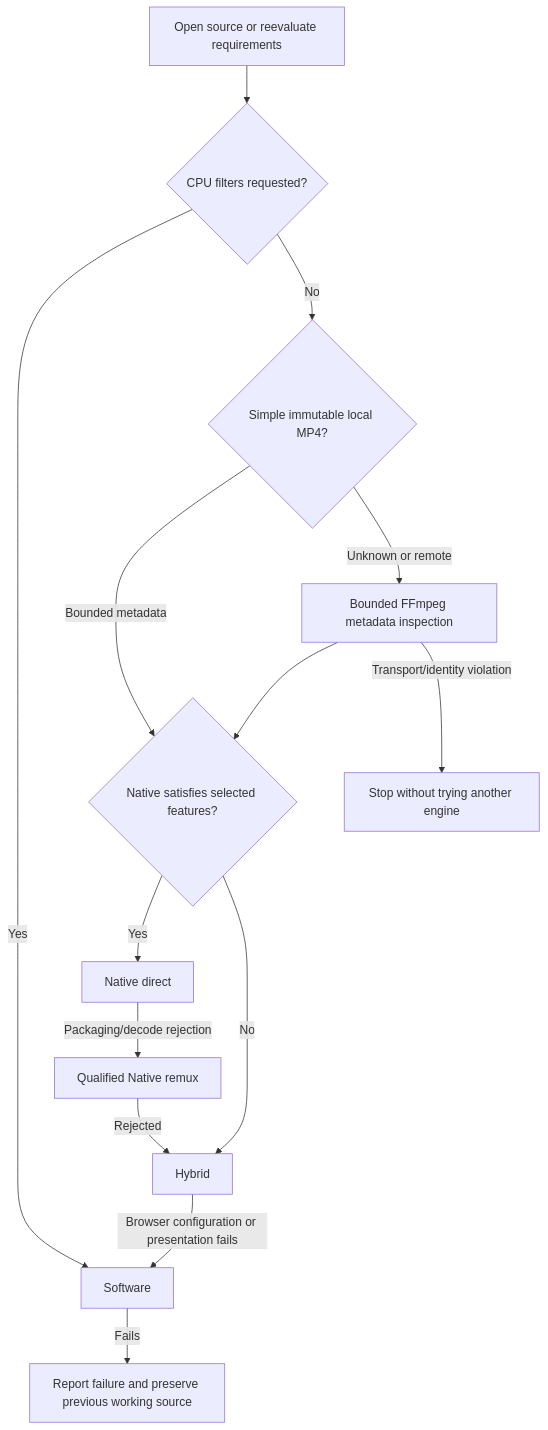
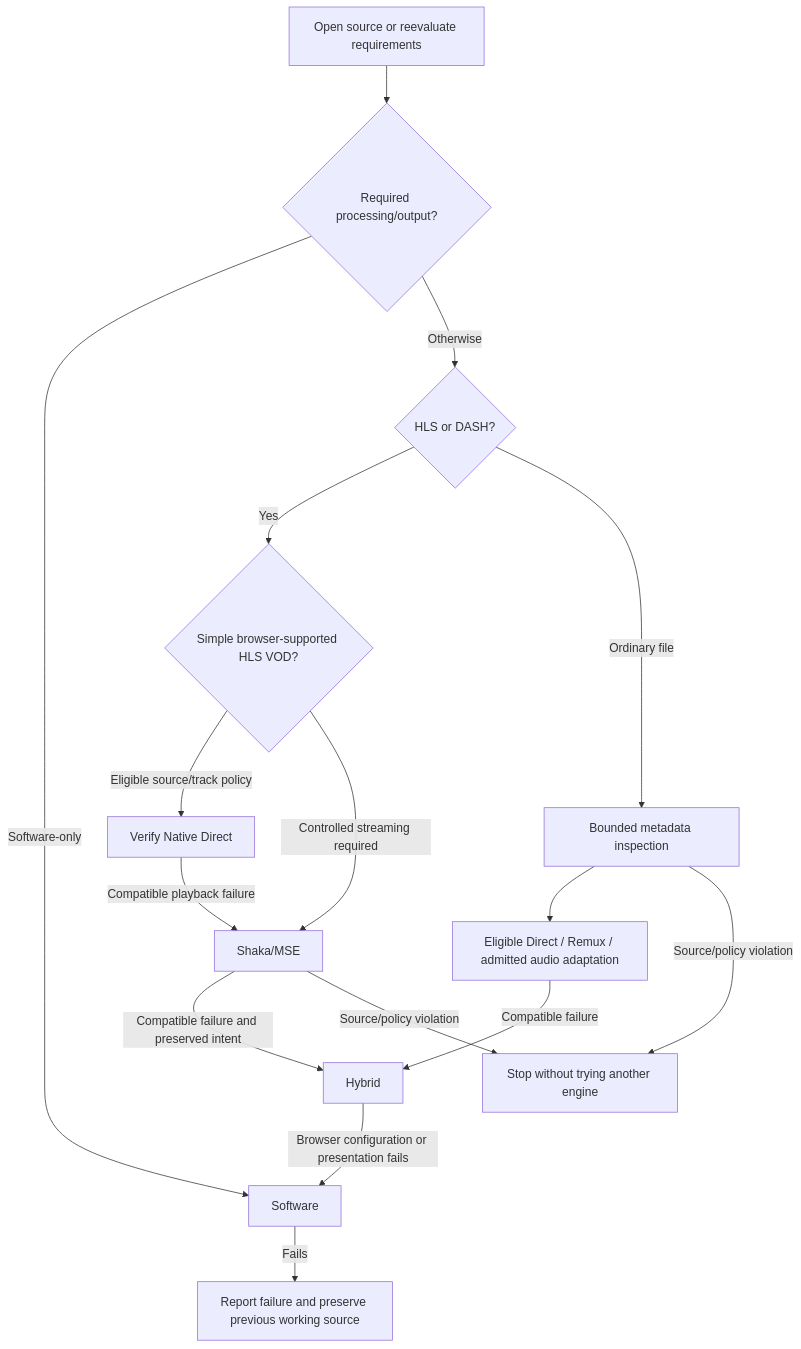
One commit to Jagalite/demuxe changed the diagram in docs/AUTOMATIC-SELECTION.md. Above: the diagram before and after it, drawn with Mermaid. The commit also changed other lines of this file and 428 other files, not shown here.

Commit message:
Use Shaka for controlled HLS and DASH playback

````diff
--- a/docs/AUTOMATIC-SELECTION.md
+++ b/docs/AUTOMATIC-SELECTION.md
@@ -25,16 +25,18 @@
 ```mermaid
 flowchart TD
-    S[Open source or reevaluate requirements] --> F{CPU filters requested?}
-    F -->|Yes| SW[Software]
-    F -->|No| C{Simple immutable local MP4?}
-    C -->|Bounded metadata| N
-    C -->|Unknown or remote| P[Bounded FFmpeg metadata inspection]
-    P --> N{Native satisfies selected features?}
-    N -->|Yes| D[Native direct]
-    D -->|Packaging/decode rejection| R[Qualified Native remux]
-    N -->|No| H[Hybrid]
-    R -->|Rejected| H
+    S[Open source or reevaluate requirements] --> F{Required processing/output?}
+    F -->|Software-only| SW[Software]
+    F -->|Otherwise| M{HLS or DASH?}
+    M -->|Yes| D{Simple browser-supported HLS VOD?}
+    D -->|Eligible source/track policy| ND[Verify Native Direct]
+    D -->|Controlled streaming required| K[Shaka/MSE]
+    ND -->|Compatible playback failure| K
+    K -->|Compatible failure and preserved intent| H[Hybrid]
+    M -->|Ordinary file| P[Bounded metadata inspection]
+    P --> N[Eligible Direct / Remux / admitted audio adaptation]
+    N -->|Compatible failure| H
     H -->|Browser configuration or presentation fails| SW
     SW -->|Fails| E[Report failure and preserve previous working source]
-    P -->|Transport/identity violation| T[Stop without trying another engine]
+    P -->|Source/policy violation| T[Stop without trying another engine]
+    K -->|Source/policy violation| T
 ```
````
